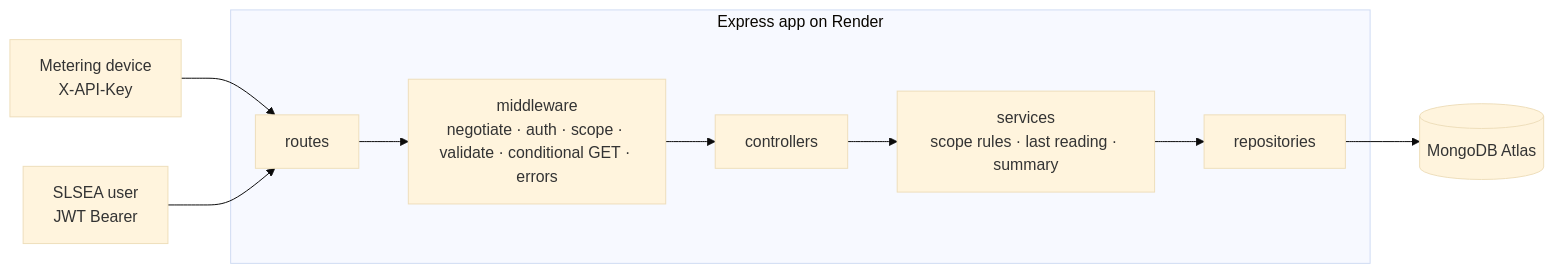
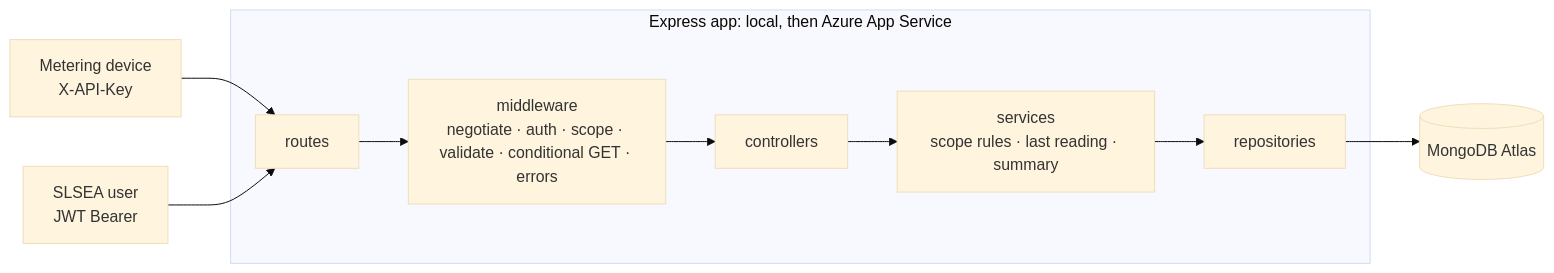
Before and after one commit to hashiniRanasinghe/solar-api: the diagram in PLAN.md, drawn with Mermaid (base theme). The commit also changed other lines of this file and 3 other files, not shown here.

Commit message:
docs: local-first development plan with Azure smoke and final deploy

````diff
--- a/PLAN.md
+++ b/PLAN.md
@@ -187,12 +191,12 @@
 ```mermaid
 flowchart LR
   D[Metering device<br/>X-API-Key] --> R
   U[SLSEA user<br/>JWT Bearer] --> R
-  subgraph API [Express app on Render]
+  subgraph API [Express app: local, then Azure App Service]
     R[routes] --> M[middleware<br/>negotiate · auth · scope · validate · conditional GET · errors]
     M --> C[controllers]
     C --> S[services<br/>scope rules · last reading · summary]
     S --> P[repositories]
   end
   P --> DB[(MongoDB Atlas)]
 ```
````
